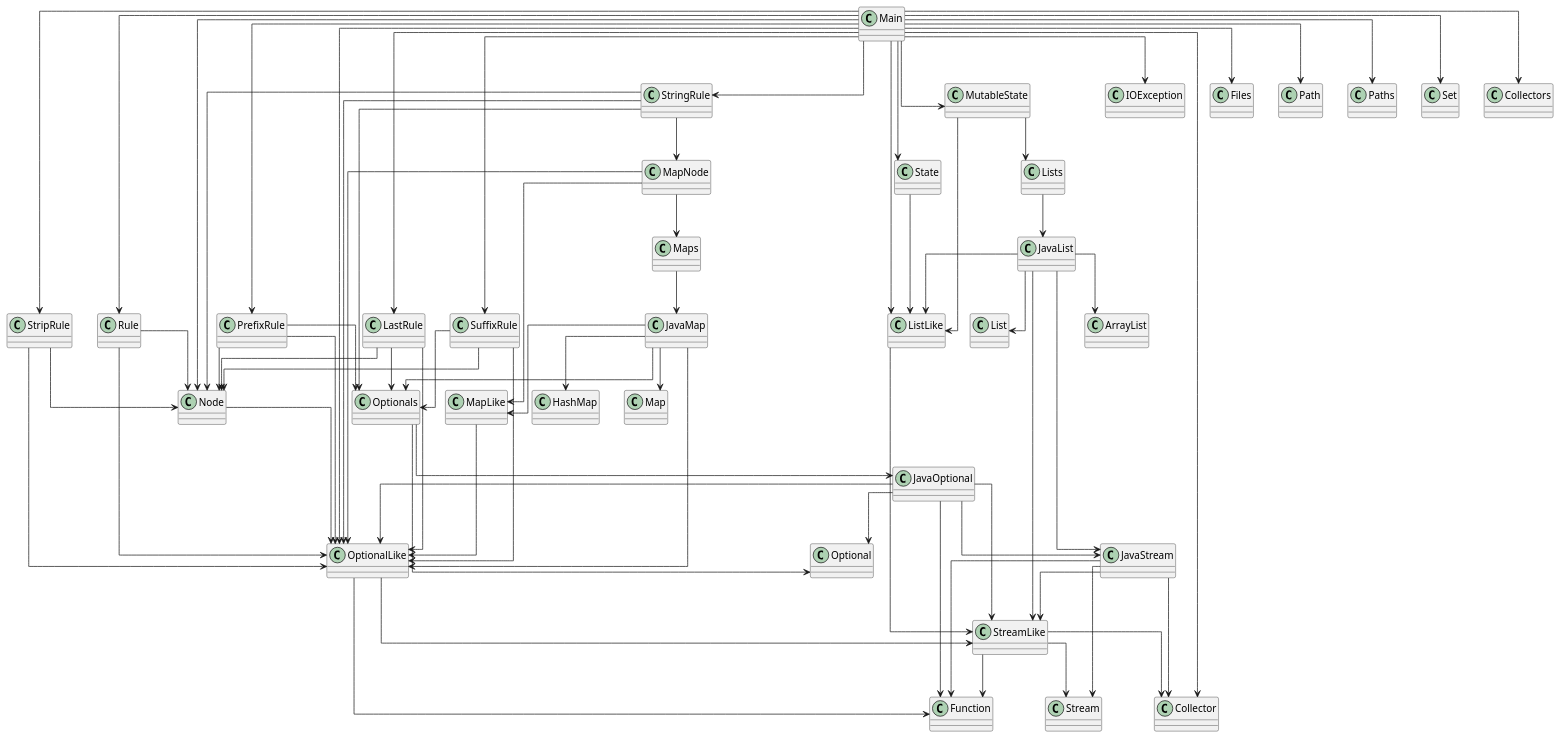
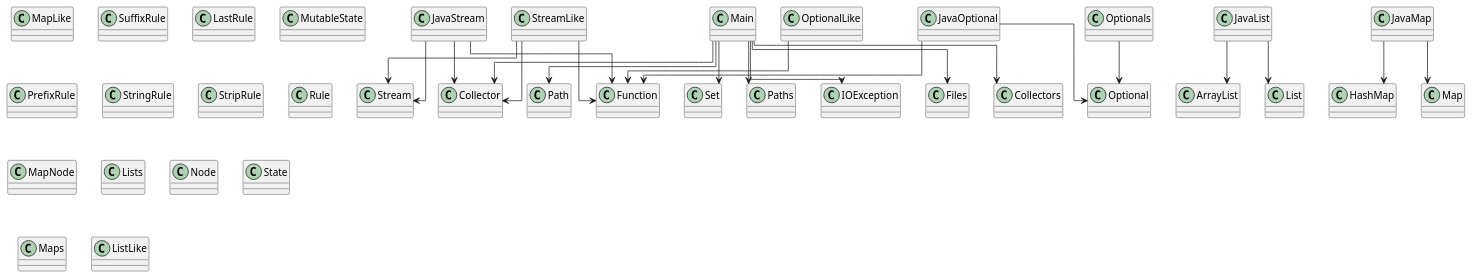
One commit to SirMathhman/Magma changed the diagram in diagram.puml. Above: the diagram before and after it, drawn with PlantUML. The commit also changed 22 other files, not shown here.

```diff
--- a/diagram.puml
+++ b/diagram.puml
@@ -1,98 +1,47 @@
 @startuml
 skinparam linetype ortho
-class ListLike
-ListLike --> StreamLike
-class Node
-Node --> OptionalLike
-class StripRule
-StripRule --> Node
-StripRule --> OptionalLike
-class Maps
-Maps --> JavaMap
-class Rule
-Rule --> Node
-Rule --> OptionalLike
-class JavaMap
-JavaMap --> OptionalLike
-JavaMap --> MapLike
-JavaMap --> Optionals
-JavaMap --> HashMap
-JavaMap --> Map
-class OptionalLike
-OptionalLike --> StreamLike
-OptionalLike --> Function
-class StringRule
-StringRule --> MapNode
-StringRule --> Node
-StringRule --> OptionalLike
-StringRule --> Optionals
+class JavaStream
+JavaStream --> Function
+JavaStream --> Collector
+JavaStream --> Stream
+class MapLike
+class SuffixRule
+class LastRule
 class JavaList
-JavaList --> JavaStream
-JavaList --> StreamLike
-JavaList --> ListLike
 JavaList --> ArrayList
 JavaList --> List
-class PrefixRule
-PrefixRule --> Node
-PrefixRule --> OptionalLike
-PrefixRule --> Optionals
+class MutableState
 class StreamLike
 StreamLike --> Function
 StreamLike --> Collector
 StreamLike --> Stream
-class MutableState
-MutableState --> ListLike
-MutableState --> Lists
-class Optionals
-Optionals --> JavaOptional
-Optionals --> Optional
+class PrefixRule
+class StringRule
+class StripRule
+class Rule
+class MapNode
+class Lists
+class Node
+class OptionalLike
+OptionalLike --> Function
 class Main
-Main --> LastRule
-Main --> MutableState
-Main --> OptionalLike
-Main --> PrefixRule
-Main --> Rule
-Main --> State
-Main --> StringRule
-Main --> StripRule
-Main --> SuffixRule
-Main --> ListLike
-Main --> Node
 Main --> IOException
 Main --> Files
 Main --> Path
 Main --> Paths
 Main --> Set
 Main --> Collector
 Main --> Collectors
+class State
+class Optionals
+Optionals --> Optional
+class Maps
+class JavaMap
+JavaMap --> HashMap
+JavaMap --> Map
+class ListLike
 class JavaOptional
-JavaOptional --> JavaStream
-JavaOptional --> OptionalLike
-JavaOptional --> StreamLike
 JavaOptional --> Optional
 JavaOptional --> Function
-class Lists
-Lists --> JavaList
-class MapNode
-MapNode --> OptionalLike
-MapNode --> MapLike
-MapNode --> Maps
-class LastRule
-LastRule --> Node
-LastRule --> OptionalLike
-LastRule --> Optionals
-class SuffixRule
-SuffixRule --> Node
-SuffixRule --> OptionalLike
-SuffixRule --> Optionals
-class MapLike
-MapLike --> OptionalLike
-class JavaStream
-JavaStream --> StreamLike
-JavaStream --> Function
-JavaStream --> Collector
-JavaStream --> Stream
-class State
-State --> ListLike
 
 @enduml
```
